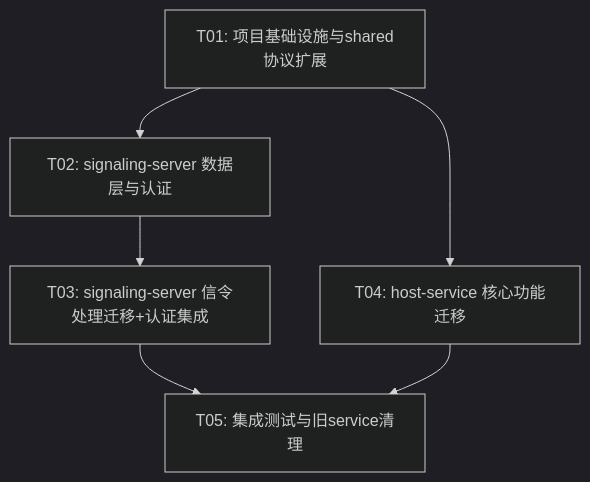
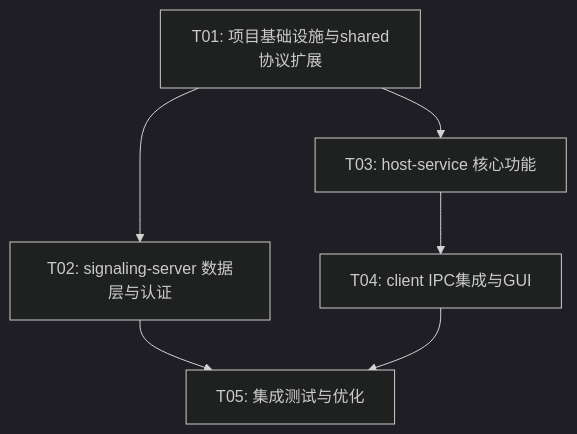
The fifth of 5 diagrams in system_design.md (xfront/rtcdesk), drawn with Mermaid (dark theme) before and after one commit. The commit also changed other lines of this file and 54 other files, not shown here.

````diff
--- a/system_design.md
+++ b/system_design.md
@@ -668,14 +898,14 @@
 ```mermaid
 graph TD
     T01[T01: 项目基础设施与shared协议扩展]
     T02[T02: signaling-server 数据层与认证]
-    T03[T03: signaling-server 信令处理迁移+认证集成]
-    T04[T04: host-service 核心功能迁移]
-    T05[T05: 集成测试与旧service清理]
+    T03[T03: host-service 核心功能]
+    T04[T04: client IPC集成与GUI]
+    T05[T05: 集成测试与优化]
 
     T01 --> T02
-    T02 --> T03
-    T01 --> T04
-    T03 --> T05
+    T01 --> T03
+    T02 --> T05
+    T03 --> T04
     T04 --> T05
 ```
````
